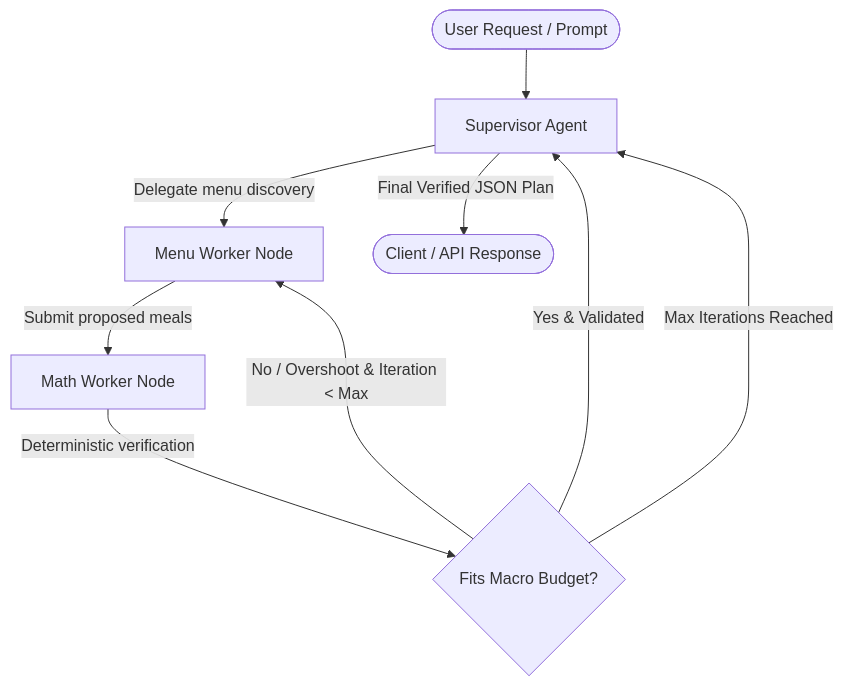
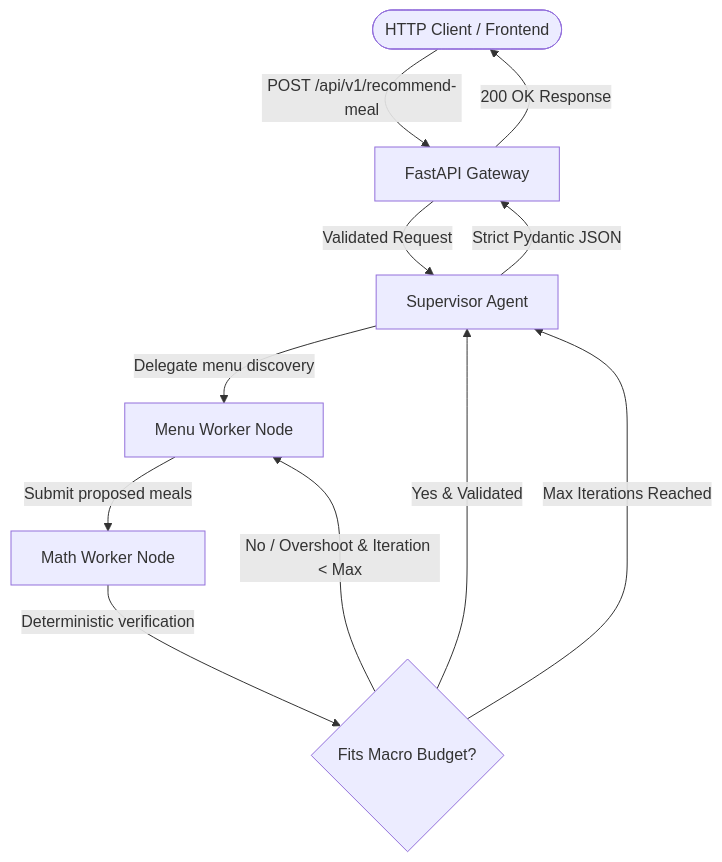
Before and after one commit to parajulimanish07/nutrition-orchestrator: the diagram in README.md, drawn with Mermaid. The commit also changed other lines of this file and 8 other files, not shown here.

Commit message:
feat(phase3): FastAPI gateway, strict HTTP schemas, integration tests, and Dockerfile

````diff
--- a/README.md
+++ b/README.md
@@ -11,14 +11,16 @@
 ```mermaid
 flowchart TD
-    User([User Request / Prompt]) --> Supervisor[Supervisor Agent]
+    User([HTTP Client / Frontend]) -->|POST /api/v1/recommend-meal| Gateway[FastAPI Gateway]
+    Gateway -->|Validated Request| Supervisor[Supervisor Agent]
     
     Supervisor -->|Delegate menu discovery| MenuWorker[Menu Worker Node]
     MenuWorker -->|Submit proposed meals| MathWorker[Math Worker Node]
     
     MathWorker -->|Deterministic verification| CheckFit{Fits Macro Budget?}
     CheckFit -->|Yes & Validated| Supervisor
     CheckFit -->|No / Overshoot & Iteration < Max| MenuWorker
     CheckFit -->|Max Iterations Reached| Supervisor
     
-    Supervisor -->|Final Verified JSON Plan| Client([Client / API Response])
+    Supervisor -->|Strict Pydantic JSON| Gateway
+    Gateway -->|200 OK Response| User
 ```
````
